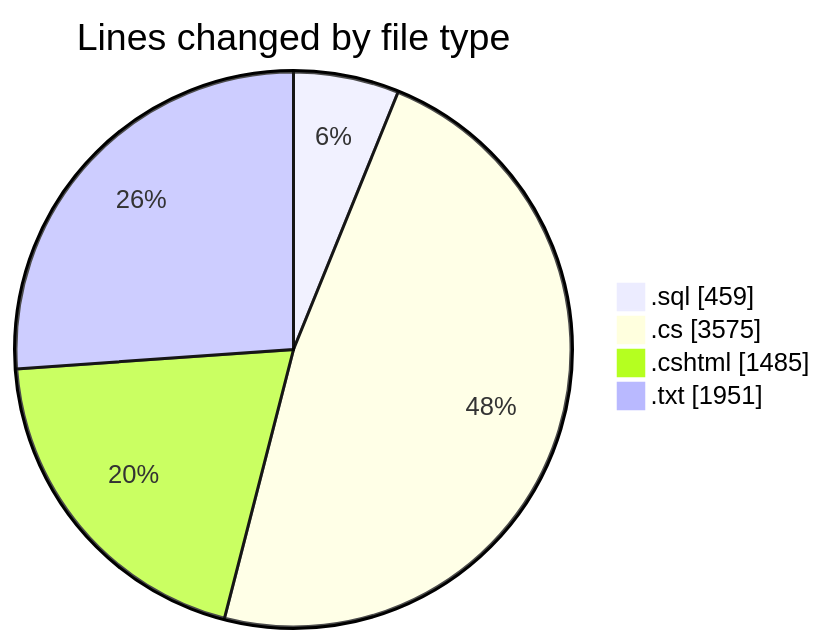
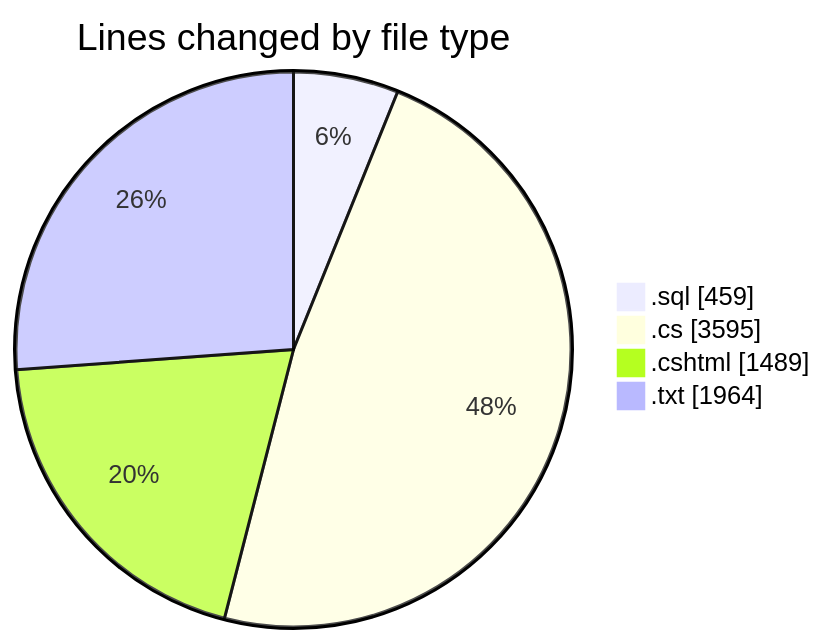
Before and after one commit to lephambinh05/code-tracking: the first of 2 diagrams in 2025-07-23/quanlyrapchieuphim/README.md, drawn with Mermaid. The commit also changed other lines of this file and 1 other file, not shown here.

````diff
--- a/2025-07-23/quanlyrapchieuphim/README.md
+++ b/2025-07-23/quanlyrapchieuphim/README.md
@@ -33,8 +33,8 @@
 ```mermaid
 pie showData
 title Lines changed by file type
 ".sql" : 459
-".cs" : 3575
-".cshtml" : 1485
-".txt" : 1951
+".cs" : 3595
+".cshtml" : 1489
+".txt" : 1964
 ```
````
